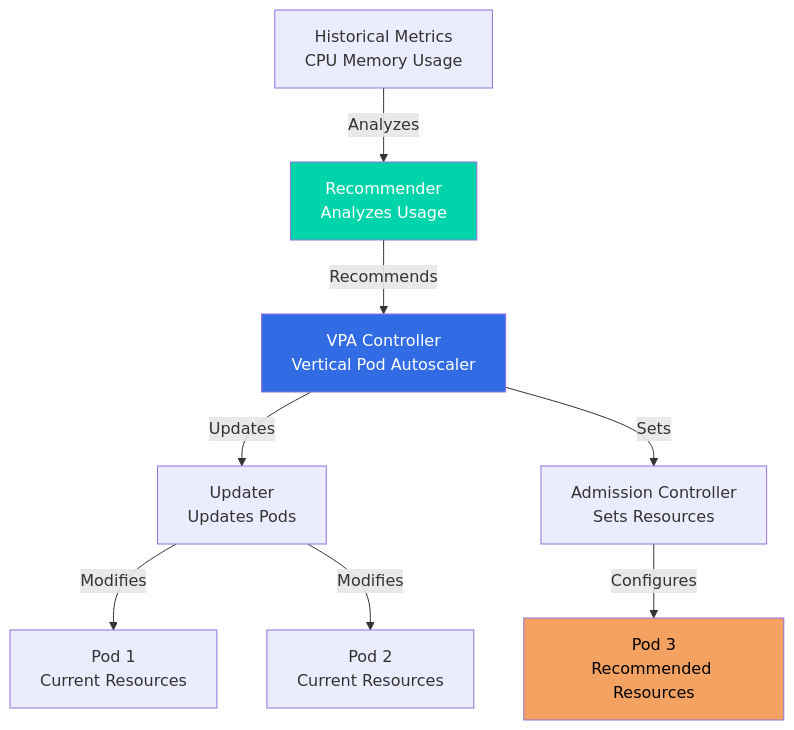
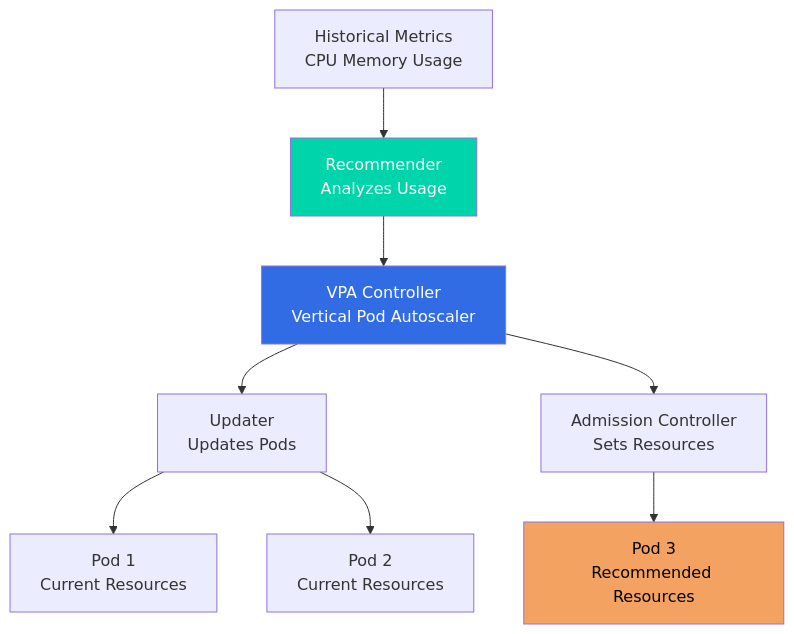
Before and after one commit to jayeshjd555/Kubernetes: diagram 29 of 33 in README.md, drawn with Mermaid. The commit also changed other lines of this file, not shown here.

````diff
--- a/README.md
+++ b/README.md
@@ -11036,23 +11036,23 @@
 ```mermaid
 graph TB
     HIST[Historical Metrics<br/>CPU Memory Usage]
     REC[Recommender<br/>Analyzes Usage]
     VPACtrl[VPA Controller<br/>Vertical Pod Autoscaler]
     UPD[Updater<br/>Updates Pods]
     AC[Admission Controller<br/>Sets Resources]
     POD1[Pod 1<br/>Current Resources]
     POD2[Pod 2<br/>Current Resources]
     POD3[Pod 3<br/>Recommended Resources]
     
-    HIST -->|Analyzes| REC
-    REC -->|Recommends| VPACtrl
-    VPACtrl -->|Updates| UPD
-    VPACtrl -->|Sets| AC
-    UPD -->|Modifies| POD1
-    UPD -->|Modifies| POD2
-    AC -->|Configures| POD3
+    HIST --> REC
+    REC --> VPACtrl
+    VPACtrl --> UPD
+    VPACtrl --> AC
+    UPD --> POD1
+    UPD --> POD2
+    AC --> POD3
     
     style VPACtrl fill:#326ce5,color:#fff
     style REC fill:#00d4aa,color:#fff
     style POD3 fill:#f4a261,color:#000
 ```
````
